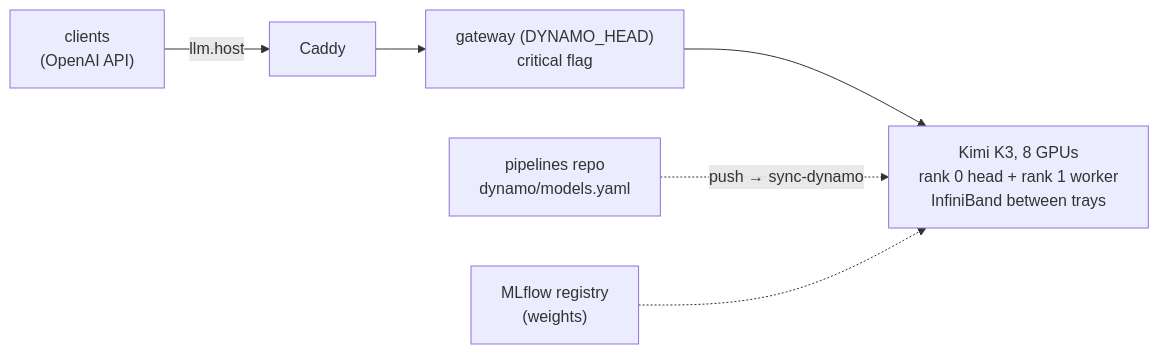
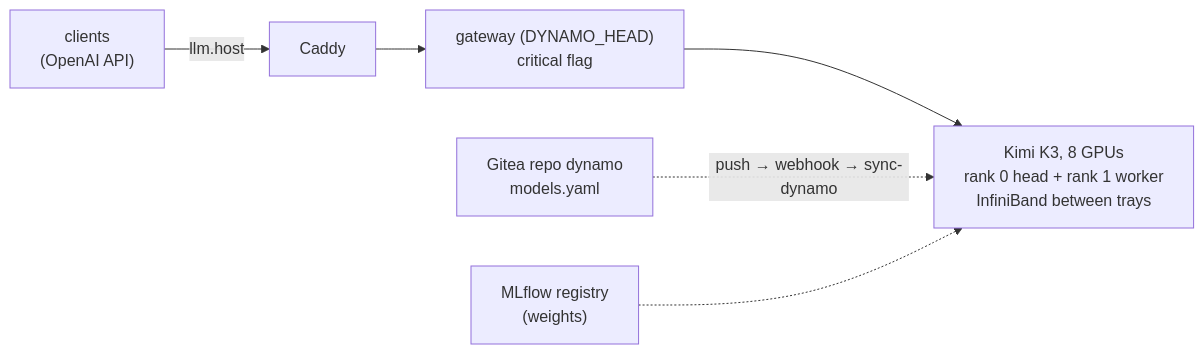
The diagram in services/dynamo/README.md (cnboonhan/data-flywheel), drawn with Mermaid before and after one commit. The commit also changed other lines of this file and 16 other files, not shown here.

First line of the commit message:
Deployment specs in Gitea repos of their own (dynamo, triton) that deployers may push

````diff
--- a/services/dynamo/README.md
+++ b/services/dynamo/README.md
@@ -5,7 +5,7 @@
 ```mermaid
 flowchart LR
   C["clients<br/>(OpenAI API)"] -->|llm.host| Caddy --> G["gateway (DYNAMO_HEAD)<br/>critical flag"]
   G --> T["Kimi K3, 8 GPUs<br/>rank 0 head + rank 1 worker<br/>InfiniBand between trays"]
-  M["pipelines repo<br/>dynamo/models.yaml"] -.->|push → sync-dynamo| T
+  M["Gitea repo dynamo<br/>models.yaml"] -.->|push → webhook → sync-dynamo| T
   R["MLflow registry<br/>(weights)"] -.-> T
 ```
````
